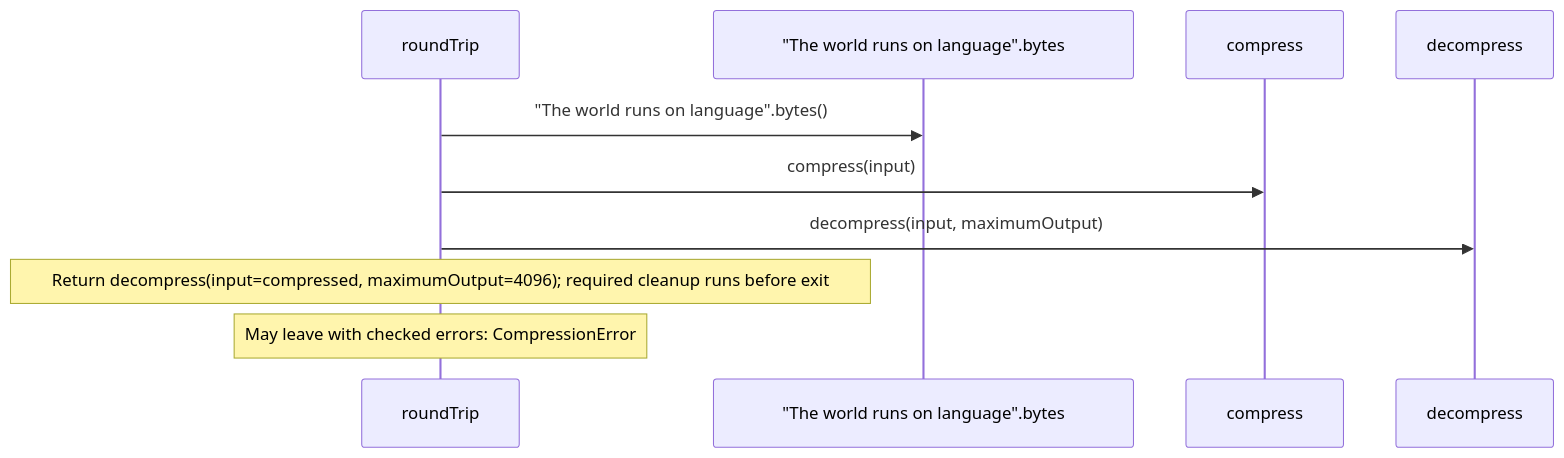
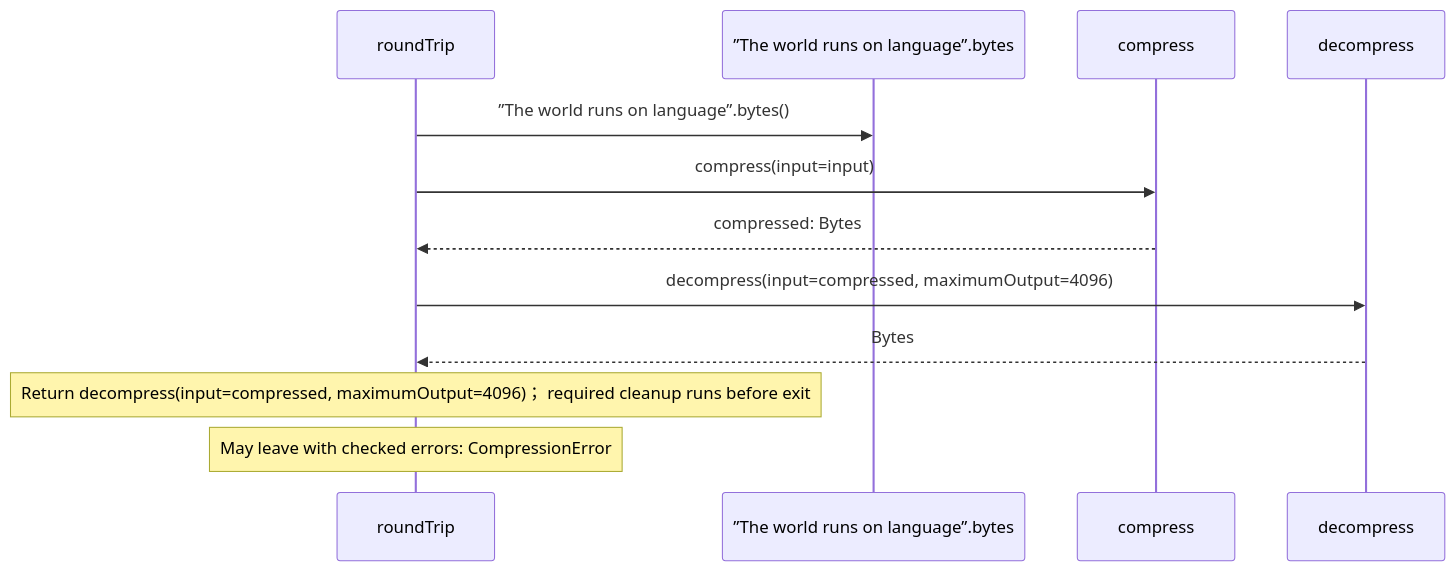
One commit to GreenPandaStudios/augscript changed the second of 2 diagrams in docs/examples/native-zlib/compression-diagrams.md. Above: the diagram before and after it, drawn with Mermaid. The commit also changed other lines of this file and 524 other files, not shown here.

Commit message:
Explain checked data flow at folder and service levels

````diff
--- a/docs/examples/native-zlib/compression-diagrams.md
+++ b/docs/examples/native-zlib/compression-diagrams.md
@@ -44,12 +43,14 @@
 ```mermaid
 sequenceDiagram
     participant p0 as roundTrip
-    participant p1 as #34;The world runs on language#34;.bytes
+    participant p1 as ”The world runs on language”.bytes
     participant p2 as compress
     participant p3 as decompress
-    p0->>p1: #34;The world runs on language#34;.bytes()
-    p0->>p2: compress(input)
-    p0->>p3: decompress(input, maximumOutput)
-    Note over p0: Return decompress(input=compressed, maximumOutput=4096)#59; required cleanup runs before exit
+    p0->>p1: ”The world runs on language”.bytes()
+    p0->>p2: compress(input=input)
+    p2-->>p0: compressed: Bytes
+    p0->>p3: decompress(input=compressed, maximumOutput=4096)
+    p3-->>p0: Bytes
+    Note over p0: Return decompress(input=compressed, maximumOutput=4096)； required cleanup runs before exit
     Note over p0: May leave with checked errors: CompressionError
 ```
````
